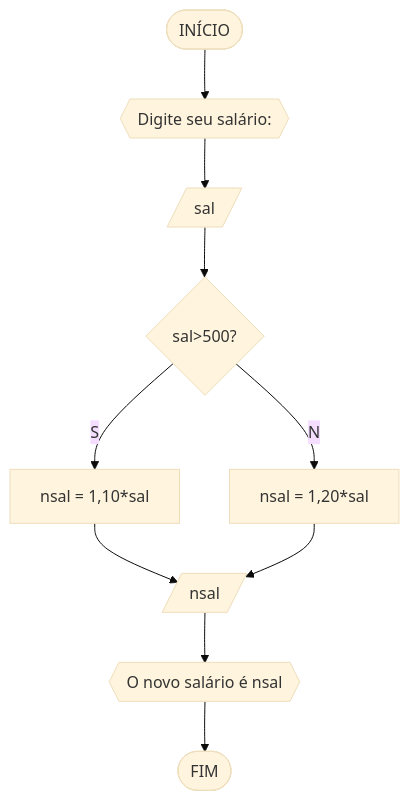
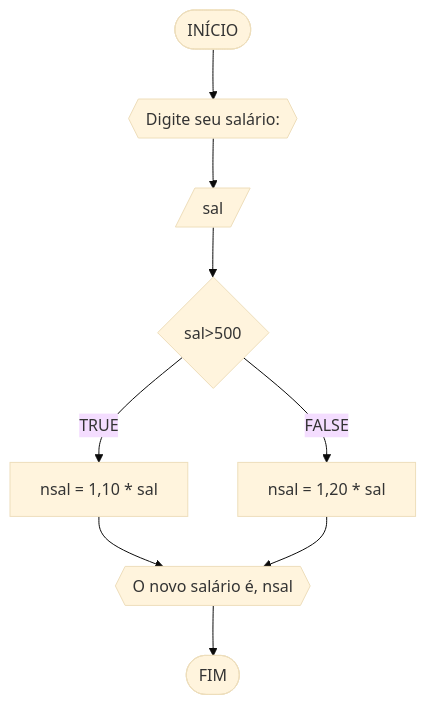
The second of 4 diagrams in RLA/unidade1/lista1.md (clara-paterno/unifor), drawn with Mermaid (base theme) before and after one commit. The commit also changed other lines of this file, not shown here.

````diff
--- a/RLA/unidade1/lista1.md
+++ b/RLA/unidade1/lista1.md
@@ -61,12 +62,11 @@
 ```mermaid
-flowchart TD
+flowchart TB
 A([INÍCIO]) --> B{{Digite seu salário: }}
 B --> C[/sal/]
-C --> D{sal>500?}
-D --S--> E[nsal = 1,10*sal]
-D --N--> G[nsal = 1,20*sal]
-E-->I[/nsal/]
-G-->I
-I --> F{{O novo salário é nsal}}
+C --> D{sal>500}
+D --TRUE--> E[nsal = 1,10 * sal]
+D --FALSE--> G[nsal = 1,20 * sal]
+E-->F{{O novo salário é, nsal}}
+G--> F
 F-->H([FIM])
 ```
````
